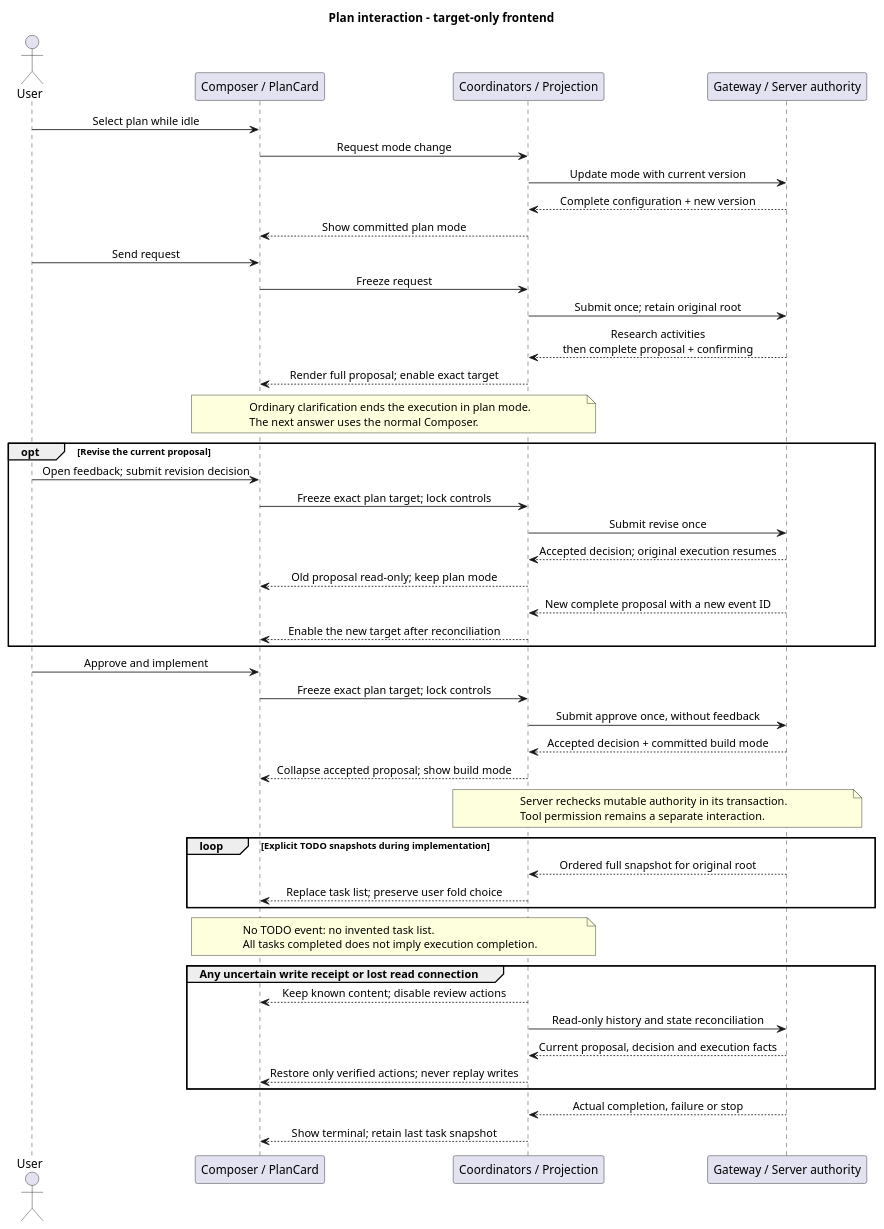
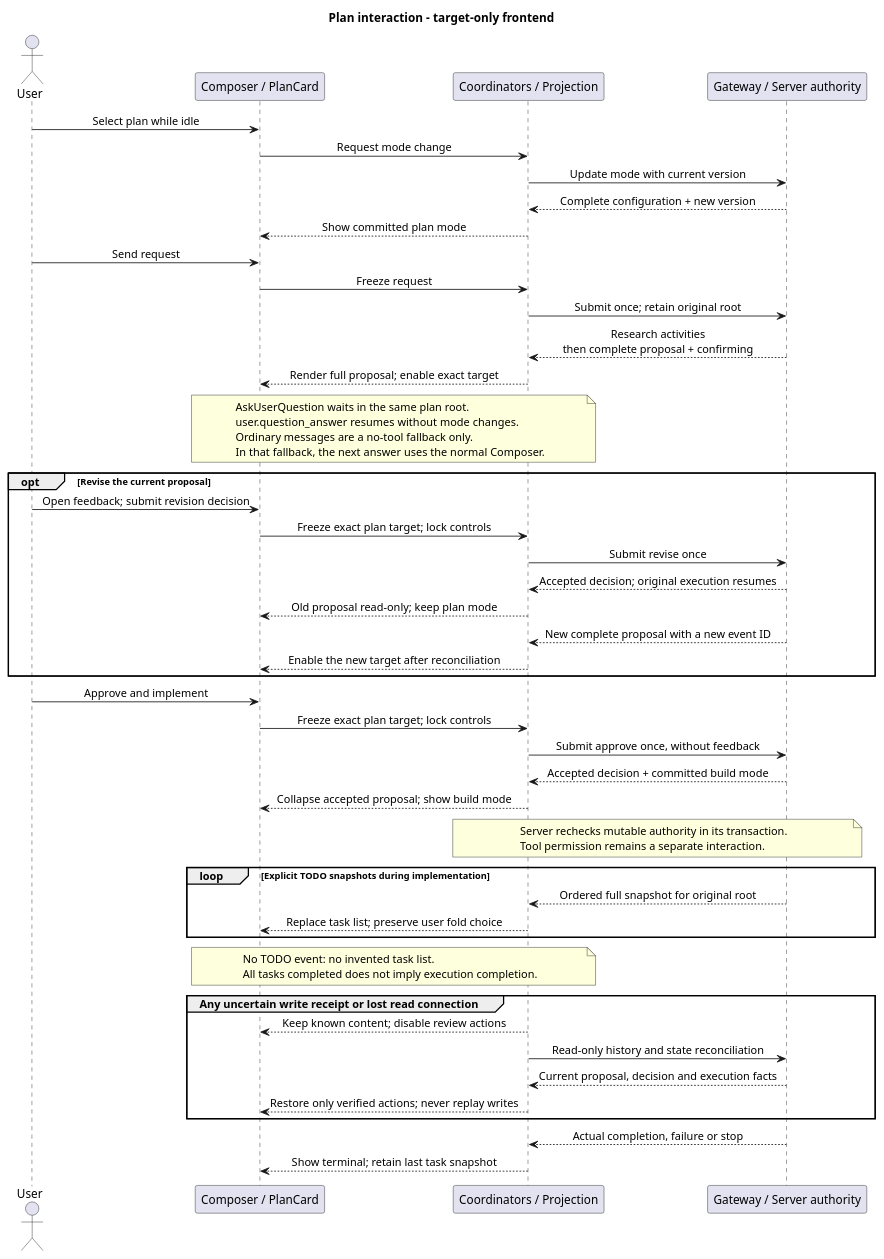
The eighth of 8 diagrams in 01-总体架构/04-CampusClaw前端体验/diagram.puml (ssm0808/pi-mono-java-design), drawn with PlantUML before and after one commit. The commit also changed 33 other files, not shown here.

Commit message:
docs(plan): 增加 AskUserQuestion 与原执行问答续跑设计

```diff
--- a/01-总体架构/04-CampusClaw前端体验/diagram.puml
+++ b/01-总体架构/04-CampusClaw前端体验/diagram.puml
@@ -471,69 +471,71 @@
 @startuml target_plan_interaction
 ' Source baseline: pi-mono-java 29ebec6a8cad99896414211cda28c6fffec71bee.
 ' Source evidence: frontend/src/runtime/eventStore.ts executionState and reconcileEvents.
 ' Source evidence: frontend/src/composables/useRuntimeApi.ts recover, submitStream and consume.
 ' Codex d58d0e5841e0de08e251673db2d5af8cf3a1ad51:
 ' codex-rs/tui/src/chatwidget/plan_implementation.rs selection_view_params;
 ' codex-rs/core/src/tools/handlers/plan.rs PlanHandler::handle_call.
 ' Observed behavior: Java has tool confirmation and history recovery, but no plan UI at this baseline.
 ' Java divergence: approve resumes the original root execution; no clear-context path.
 ' Design reason: proposal, decision receipt, execution progress and terminal are separate facts.
 ' All interactions below are target-only UI projections, not HTTP enums.
 title Plan interaction - target-only frontend
 skinparam backgroundColor white
 skinparam shadowing false
 skinparam defaultFontName SansSerif
 skinparam sequenceMessageAlign center
 actor User
 participant "Composer / PlanCard" as UI
 participant "Coordinators / Projection" as State
 participant "Gateway / Server authority" as API
 User -> UI : Select plan while idle
 UI -> State : Request mode change
 State -> API : Update mode with current version
 API --> State : Complete configuration + new version
 State --> UI : Show committed plan mode
 User -> UI : Send request
 UI -> State : Freeze request
 State -> API : Submit once; retain original root
 API --> State : Research activities\nthen complete proposal + confirming
 State --> UI : Render full proposal; enable exact target
 note over UI, State
-  Ordinary clarification ends the execution in plan mode.
-  The next answer uses the normal Composer.
+  AskUserQuestion waits in the same plan root.
+  user.question_answer resumes without mode changes.
+  Ordinary messages are a no-tool fallback only.
+  In that fallback, the next answer uses the normal Composer.
 end note
 opt Revise the current proposal
   User -> UI : Open feedback; submit revision decision
   UI -> State : Freeze exact plan target; lock controls
   State -> API : Submit revise once
   API --> State : Accepted decision; original execution resumes
   State --> UI : Old proposal read-only; keep plan mode
   API --> State : New complete proposal with a new event ID
   State --> UI : Enable the new target after reconciliation
 end
 User -> UI : Approve and implement
 UI -> State : Freeze exact plan target; lock controls
 State -> API : Submit approve once, without feedback
 API --> State : Accepted decision + committed build mode
 State --> UI : Collapse accepted proposal; show build mode
 note over State, API
   Server rechecks mutable authority in its transaction.
   Tool permission remains a separate interaction.
 end note
 loop Explicit TODO snapshots during implementation
   API --> State : Ordered full snapshot for original root
   State --> UI : Replace task list; preserve user fold choice
 end
 note over UI, State
   No TODO event: no invented task list.
   All tasks completed does not imply execution completion.
 end note
 group Any uncertain write receipt or lost read connection
   State --> UI : Keep known content; disable review actions
   State -> API : Read-only history and state reconciliation
   API --> State : Current proposal, decision and execution facts
   State --> UI : Restore only verified actions; never replay writes
 end
 API --> State : Actual completion, failure or stop
 State --> UI : Show terminal; retain last task snapshot
 @enduml
```
